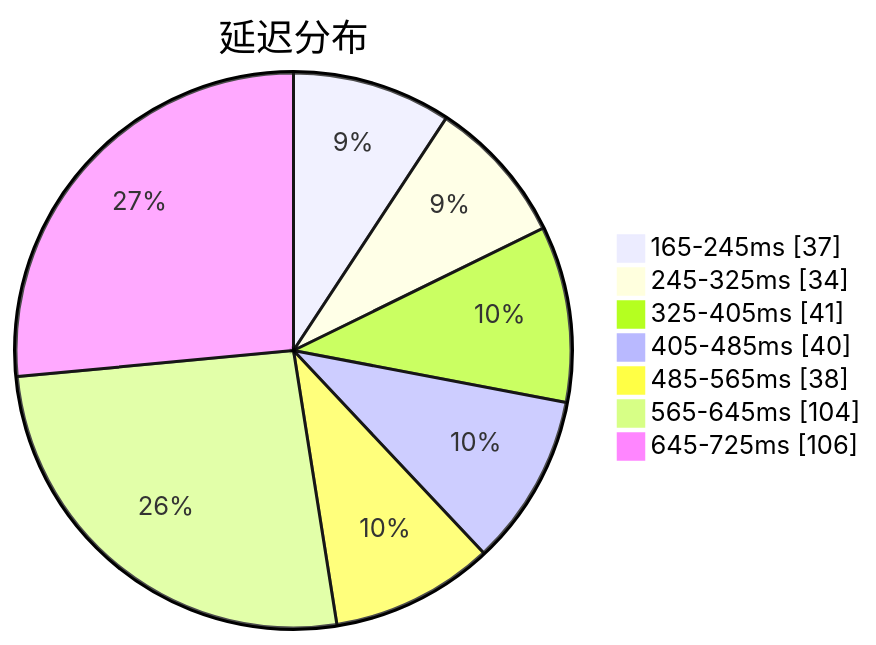
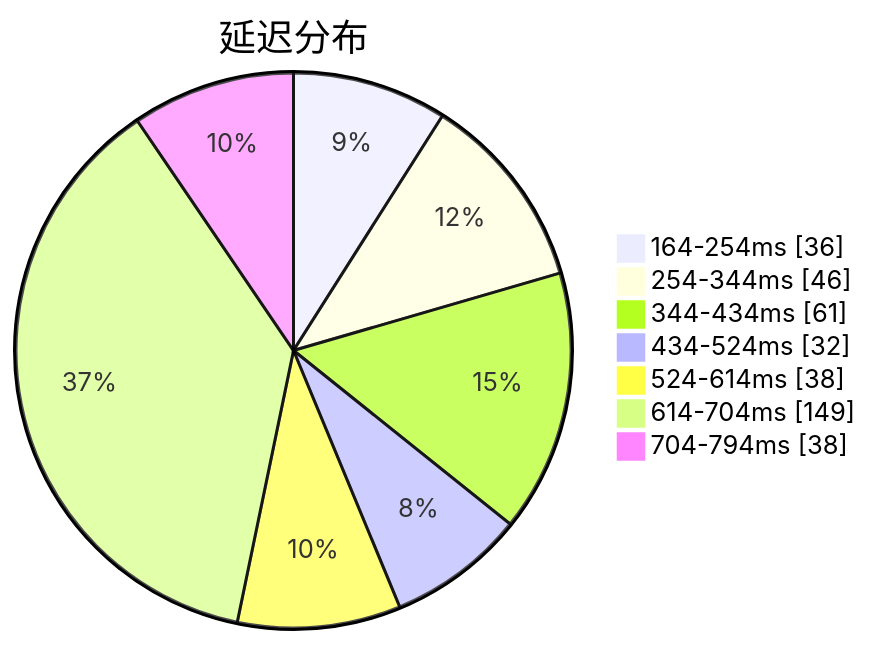
Before and after one commit to qjlxg/airport: the first of 3 diagrams in subs/statistics/tested_within.md, drawn with Mermaid. The commit also changed other lines of this file and 2 other files, not shown here.

````diff
--- a/subs/statistics/tested_within.md
+++ b/subs/statistics/tested_within.md
@@ -2,11 +2,11 @@
 ```mermaid
 pie showData
 title 延迟分布
-"165-245ms" : 37
-"245-325ms" : 34
-"325-405ms" : 41
-"405-485ms" : 40
-"485-565ms" : 38
-"565-645ms" : 104
-"645-725ms" : 106
+"164-254ms" : 36
+"254-344ms" : 46
+"344-434ms" : 61
+"434-524ms" : 32
+"524-614ms" : 38
+"614-704ms" : 149
+"704-794ms" : 38
 ```
````
